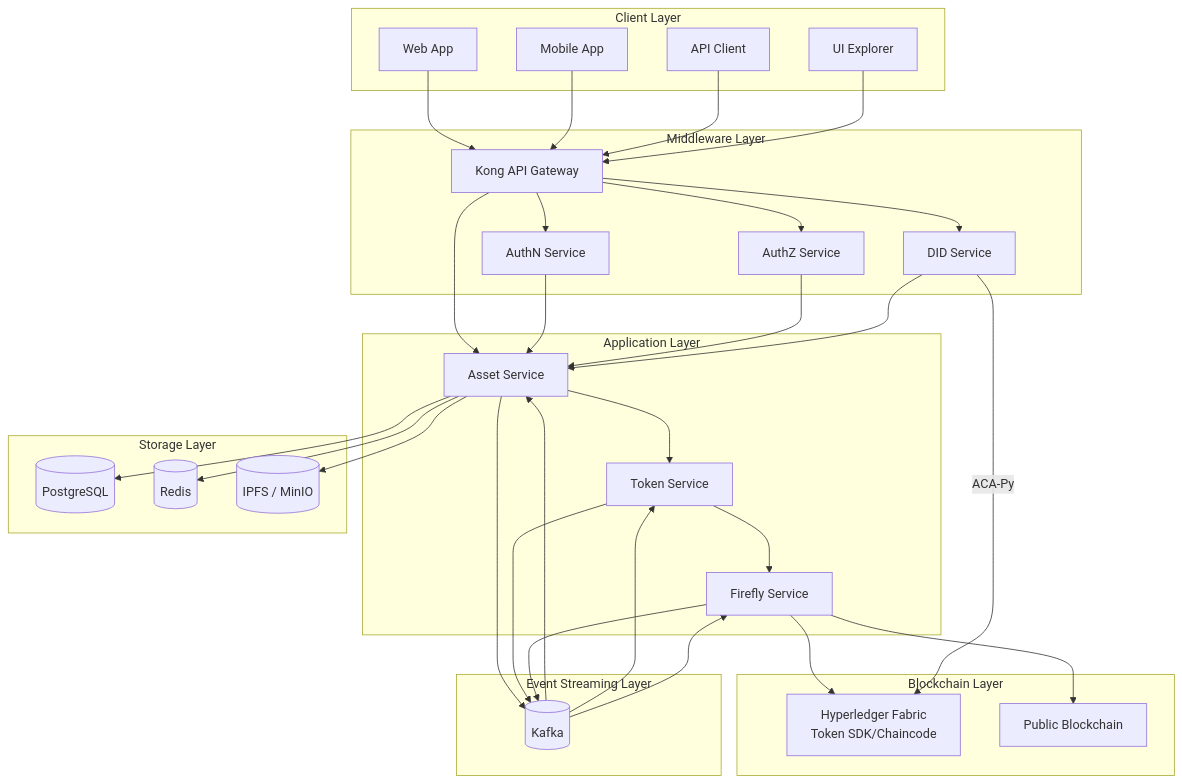
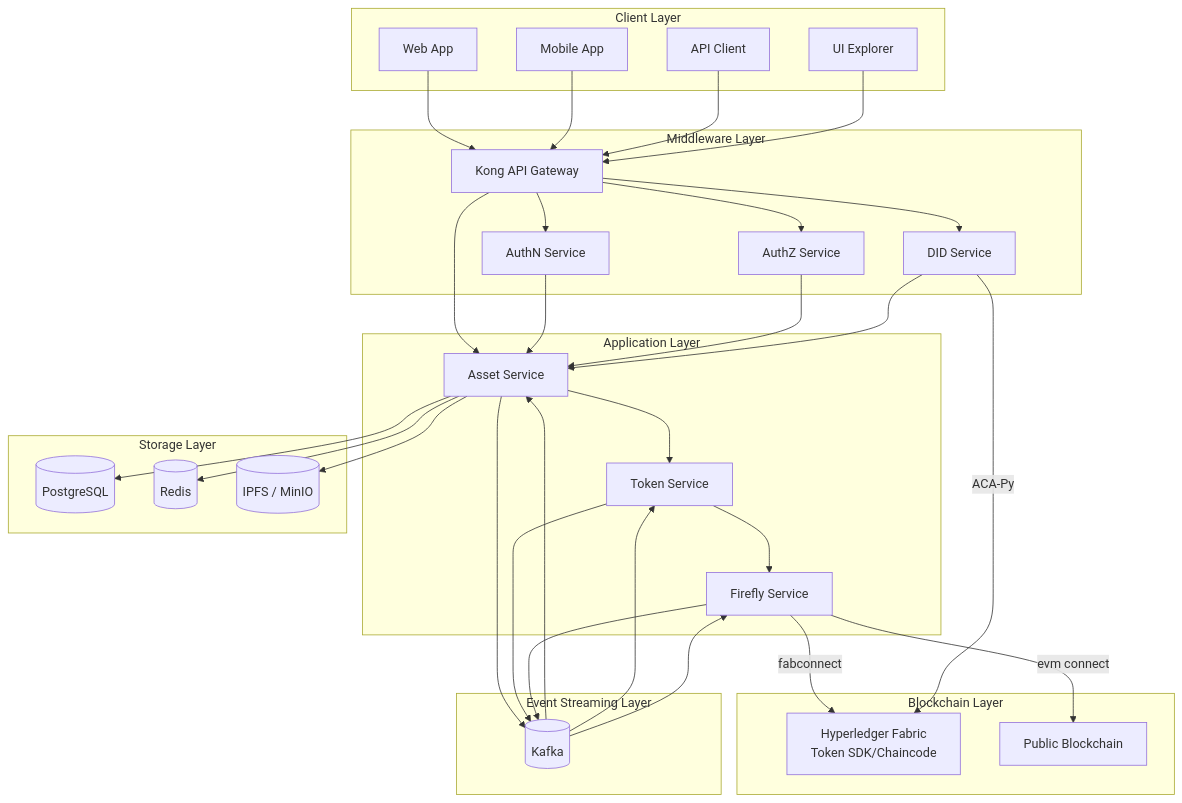
Before and after one commit to metafi-blockchain/metafi-digital-assets-service: the first of 4 diagrams in docs/architecture-design.en.md, drawn with Mermaid. The commit also changed other lines of this file, not shown here.

Commit message:
update architech

````diff
--- a/docs/architecture-design.en.md
+++ b/docs/architecture-design.en.md
@@ -19,68 +19,68 @@
 ```mermaid
 graph TD
     subgraph "Client Layer"
         Web[Web App]
         Mobile[Mobile App]
         API[API Client]
         Explorer[UI Explorer]
     end
 
     subgraph "Middleware Layer"
         Gateway[Kong API Gateway]
         AuthN[AuthN Service]
         AuthZ[AuthZ Service]
         DID["DID Service"]
     end
 
     subgraph "Application Layer"
         Asset[Asset Service]
         Token[Token Service]
         Firefly[Firefly Service]
     end
 
     subgraph "Blockchain Layer"
         Fabric["Hyperledger Fabric<br/>Token SDK/Chaincode"]
         PublicChain[Public Blockchain]
     end
 
     subgraph "Storage Layer"
         DB[(PostgreSQL)]
         Cache[(Redis)]
         Storage[(IPFS / MinIO)]
     end
 
     subgraph "Event Streaming Layer"
         Kafka[(Kafka)]
     end
 
     Web --> Gateway
     Mobile --> Gateway
     API --> Gateway
     Explorer --> Gateway
 
     Gateway --> AuthN
     Gateway --> AuthZ
     Gateway --> Asset
     Gateway --> DID
 
     AuthN --> Asset
     AuthZ --> Asset
     DID --> Asset
 
     Asset --> Token
     Token --> Firefly
-    Firefly --> Fabric
-    Firefly --> PublicChain
+    Firefly --> |fabconnect| Fabric
+    Firefly --> |evm connect| PublicChain
 
     Asset --> DB
     Asset --> Cache
     Asset --> Storage
     DID -->|ACA-Py| Fabric
 
     Asset --> Kafka
     Kafka --> Asset
     Token --> Kafka
     Kafka --> Token
     Firefly --> Kafka
     Kafka --> Firefly
 ```
````
